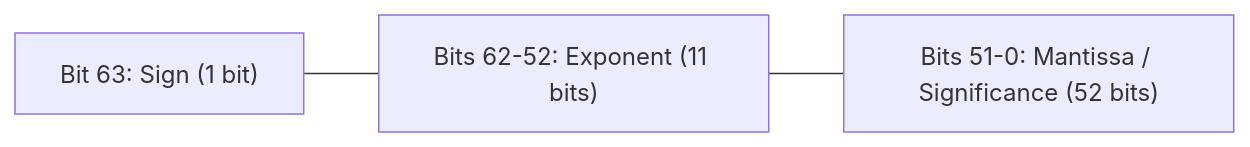
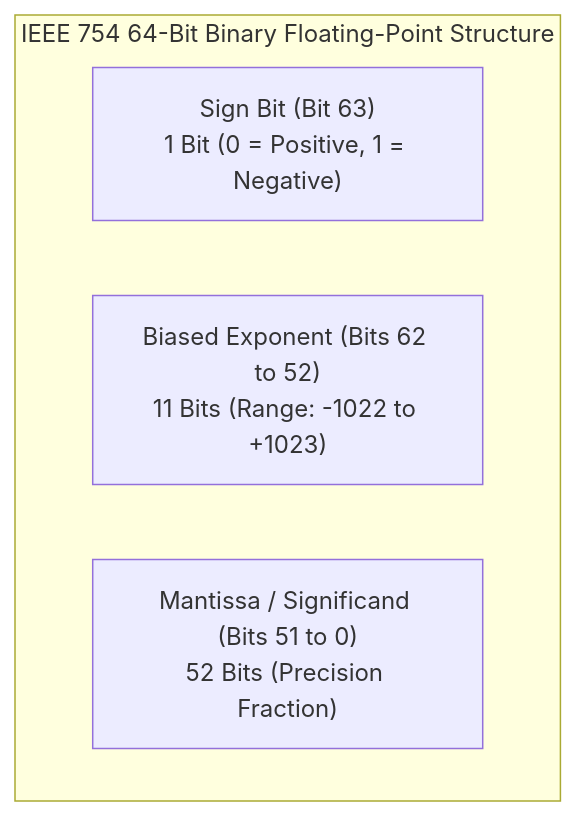
One commit to Amie-dev/engineering-playbook changed the first of 3 diagrams in js-internals/12-numbers-internals.md. Above: the diagram before and after it, drawn with Mermaid. The commit also changed other lines of this file and 17 other files, not shown here.

````diff
--- a/js-internals/12-numbers-internals.md
+++ b/js-internals/12-numbers-internals.md
@@ -12,5 +15,8 @@
 ```mermaid
-graph LR
-    Bit1["Bit 63: Sign (1 bit)"] --- Bit2["Bits 62-52: Exponent (11 bits)"]
-    Bit2 --- Bit3["Bits 51-0: Mantissa / Significance (52 bits)"]
+graph TD
+    subgraph IEEE 754 64-Bit Binary Floating-Point Structure
+        Sign["Sign Bit (Bit 63)<br/>1 Bit (0 = Positive, 1 = Negative)"]
+        Exponent["Biased Exponent (Bits 62 to 52)<br/>11 Bits (Range: -1022 to +1023)"]
+        Mantissa["Mantissa / Significand (Bits 51 to 0)<br/>52 Bits (Precision Fraction)"]
+    end
 ```
````
